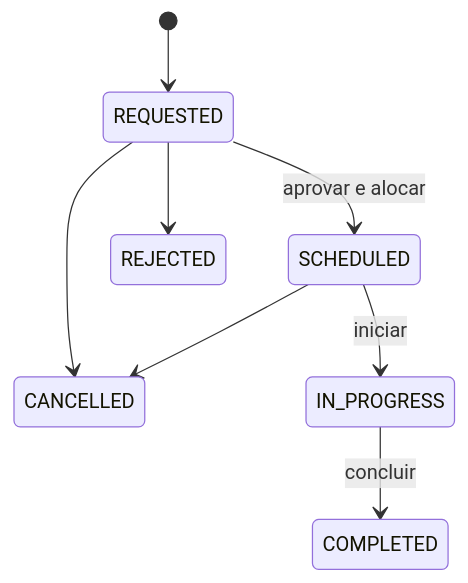
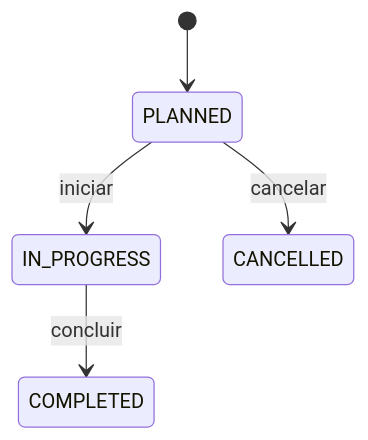
The second of 2 diagrams in docs/README-route.md (cardosojse/fsph-fleet-management), drawn with Mermaid before and after one commit. The commit also changed other lines of this file and 37 other files, not shown here.

````diff
--- a/docs/README-route.md
+++ b/docs/README-route.md
@@ -100,10 +91,7 @@
 ```mermaid
 stateDiagram-v2
-    [*] --> REQUESTED
-    REQUESTED --> SCHEDULED: aprovar e alocar
-    REQUESTED --> REJECTED
-    REQUESTED --> CANCELLED
-    SCHEDULED --> IN_PROGRESS: iniciar
-    SCHEDULED --> CANCELLED
+    [*] --> PLANNED
+    PLANNED --> IN_PROGRESS: iniciar
+    PLANNED --> CANCELLED: cancelar
     IN_PROGRESS --> COMPLETED: concluir
 ```
````
